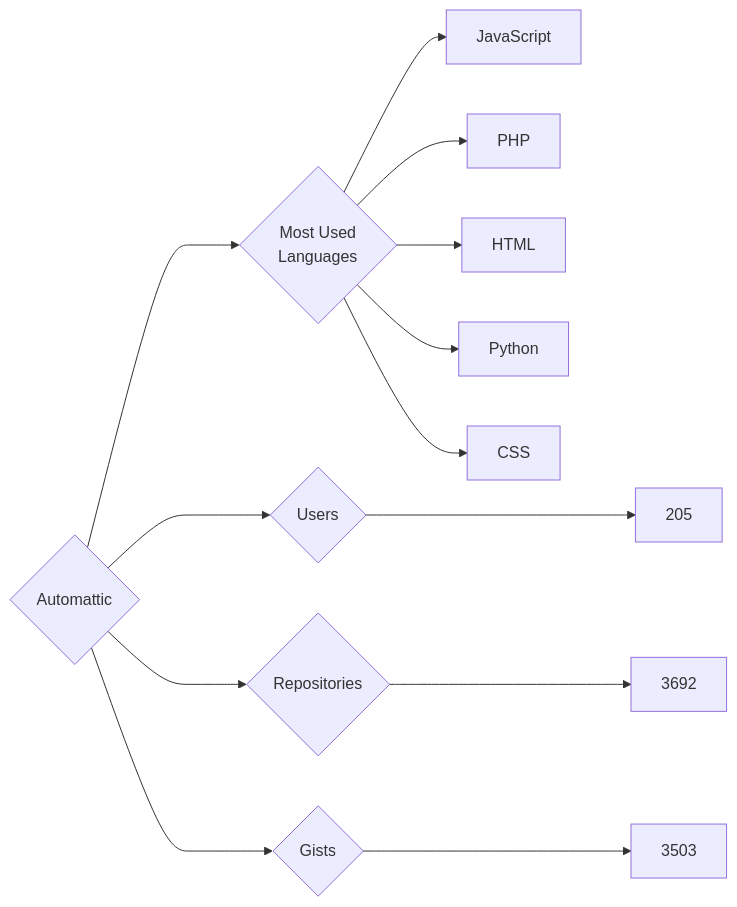
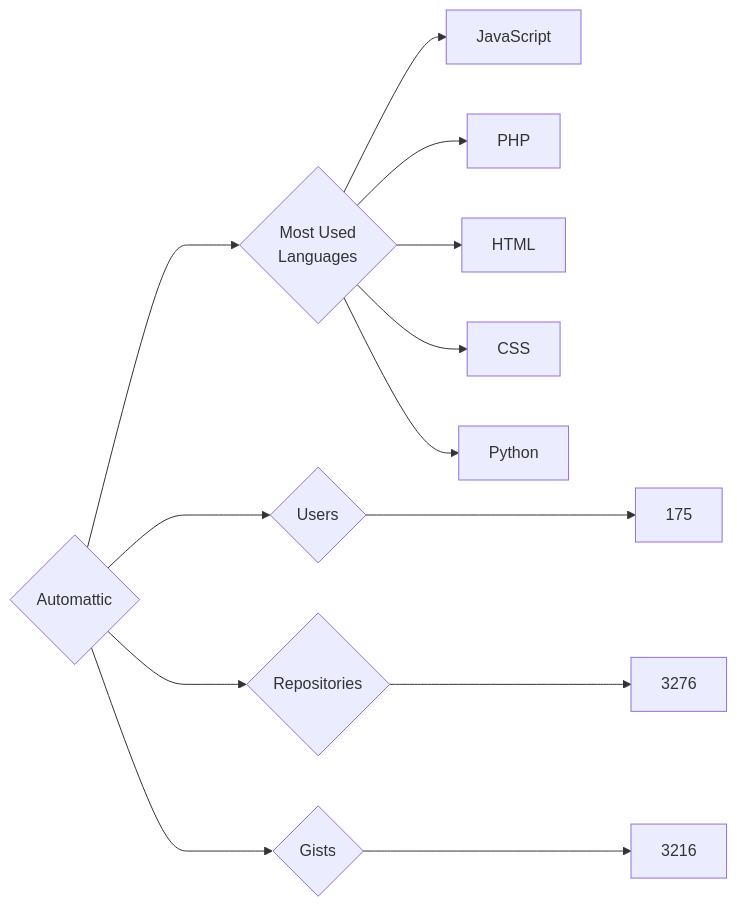
The diagram in targets/Automattic/README.md (trickest/insiders), drawn with Mermaid before and after one commit. The commit also changed 640 other files, not shown here.

````diff
--- a/targets/Automattic/README.md
+++ b/targets/Automattic/README.md
@@ -3,13 +3,13 @@
 ```mermaid
 graph LR
 COMPANY_NAME{Automattic}
-COMPANY_NAME ---> U{Users} ---> UN[205]
-COMPANY_NAME ---> R{Repositories} ---> RN[3692]
-COMPANY_NAME ---> G{Gists} ---> GN[3503]
+COMPANY_NAME ---> U{Users} ---> UN[175]
+COMPANY_NAME ---> R{Repositories} ---> RN[3276]
+COMPANY_NAME ---> G{Gists} ---> GN[3216]
 COMPANY_NAME ---> ML{Most Used<br>Languages}
 ML --> JavaScript[JavaScript]
 ML --> PHP[PHP]
 ML --> HTML[HTML]
+ML --> CSS[CSS]
 ML --> Python[Python]
-ML --> CSS[CSS]
 ```
````
